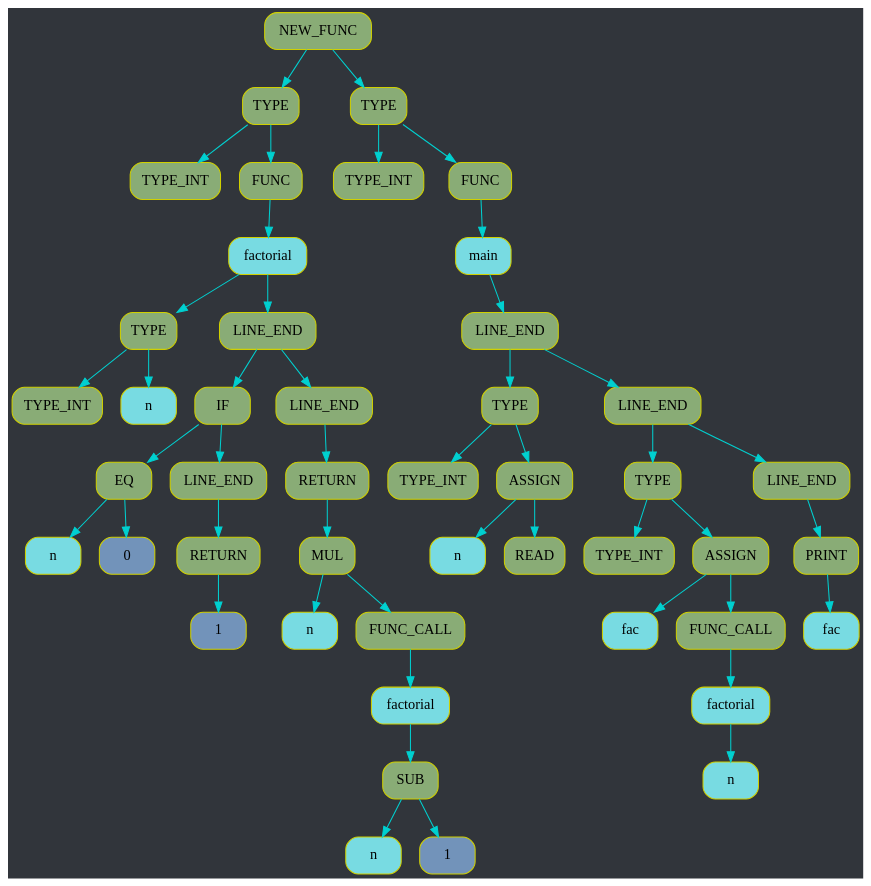
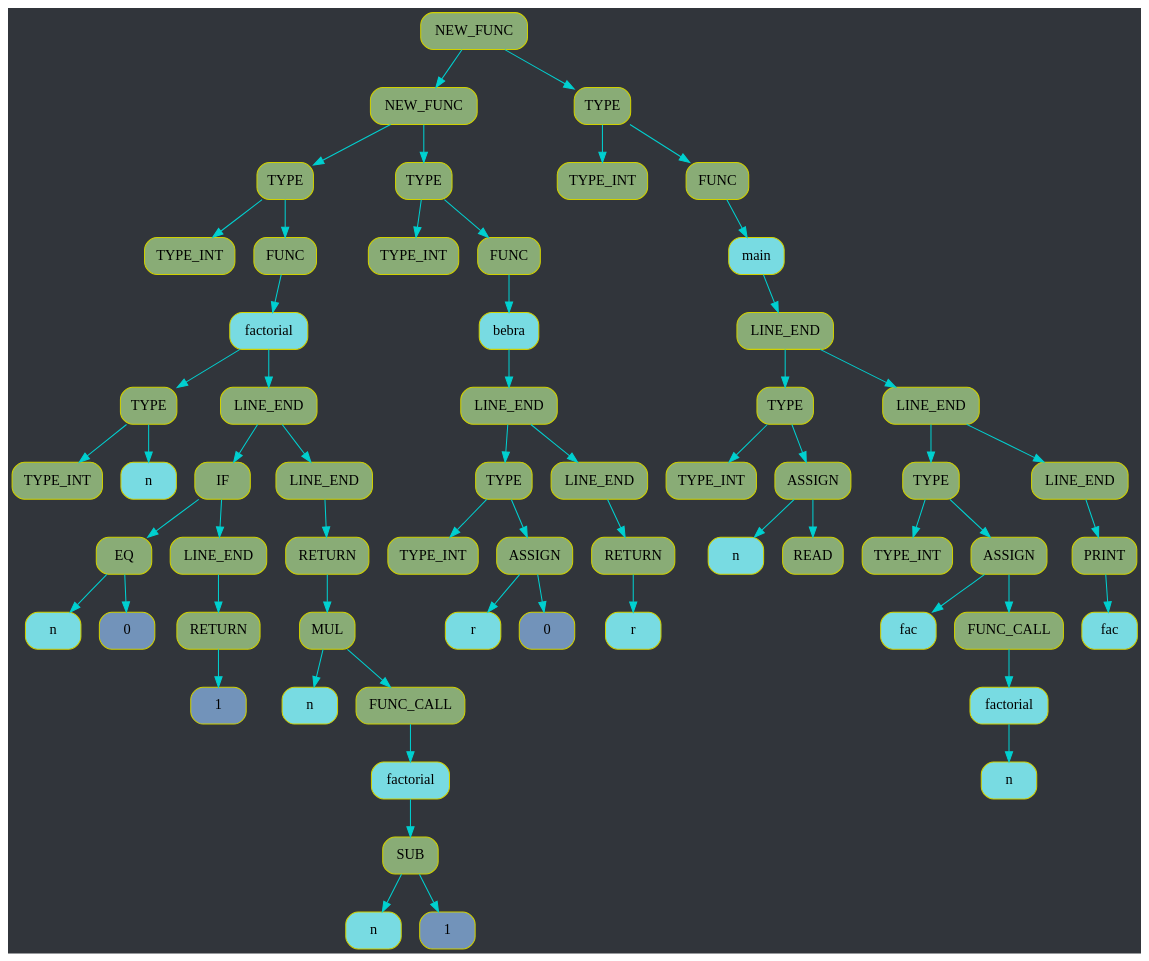
The diagram in FrontEnd/treeHandler.dot (d3clane/ProgrammingLanguage), drawn with Graphviz before and after one commit. The commit also changed 28 other files, not shown here.

```diff
--- a/FrontEnd/treeHandler.dot
+++ b/FrontEnd/treeHandler.dot
@@ -2,95 +2,110 @@
 rankdir=TB;
 graph [bgcolor="#31353b"];
 edge[color="#00D0D0"];
-node0x130f075f0[shape=Mrecord, style=filled, fillcolor="#89AC76", label = "NEW_FUNC", color = "#D0D000"];
-node0x130f072b0[shape=Mrecord, style=filled, fillcolor="#89AC76", label = "TYPE", color = "#D0D000"];
-node0x130f07040[shape=Mrecord, style=filled, fillcolor="#89AC76", label = "TYPE_INT", color = "#D0D000"];
-node0x130f06af0[shape=Mrecord, style=filled, fillcolor="#89AC76", label = "FUNC", color = "#D0D000"];
-node0x130f06ad0[shape=Mrecord, style=filled, fillcolor="#78DBE2", label = "factorial", color = "#D0D000"];
-node0x130f06c80[shape=Mrecord, style=filled, fillcolor="#89AC76", label = "TYPE", color = "#D0D000"];
-node0x130f06b10[shape=Mrecord, style=filled, fillcolor="#89AC76", label = "TYPE_INT", color = "#D0D000"];
-node0x130f06c60[shape=Mrecord, style=filled, fillcolor="#78DBE2", label = "n", color = "#D0D000"];
-node0x130f06ca0[shape=Mrecord, style=filled, fillcolor="#89AC76", label = "LINE_END", color = "#D0D000"];
-node0x130f07140[shape=Mrecord, style=filled, fillcolor="#89AC76", label = "IF", color = "#D0D000"];
-node0x130f070c0[shape=Mrecord, style=filled, fillcolor="#89AC76", label = "EQ", color = "#D0D000"];
-node0x130f06cc0[shape=Mrecord, style=filled, fillcolor="#78DBE2", label = "n", color = "#D0D000"];
-node0x130f06ce0[shape=Mrecord, style=filled, fillcolor="#7293ba", label = "0", color = "#D0D000"];
-node0x130f070e0[shape=Mrecord, style=filled, fillcolor="#89AC76", label = "LINE_END", color = "#D0D000"];
-node0x130f07120[shape=Mrecord, style=filled, fillcolor="#89AC76", label = "RETURN", color = "#D0D000"];
-node0x130f07100[shape=Mrecord, style=filled, fillcolor="#7293ba", label = "1", color = "#D0D000"];
-node0x130f07160[shape=Mrecord, style=filled, fillcolor="#89AC76", label = "LINE_END", color = "#D0D000"];
-node0x130f07290[shape=Mrecord, style=filled, fillcolor="#89AC76", label = "RETURN", color = "#D0D000"];
-node0x130f07270[shape=Mrecord, style=filled, fillcolor="#89AC76", label = "MUL", color = "#D0D000"];
-node0x130f07190[shape=Mrecord, style=filled, fillcolor="#78DBE2", label = "n", color = "#D0D000"];
-node0x130f07250[shape=Mrecord, style=filled, fillcolor="#89AC76", label = "FUNC_CALL", color = "#D0D000"];
-node0x130f071c0[shape=Mrecord, style=filled, fillcolor="#78DBE2", label = "factorial", color = "#D0D000"];
-node0x130f07230[shape=Mrecord, style=filled, fillcolor="#89AC76", label = "SUB", color = "#D0D000"];
-node0x130f071f0[shape=Mrecord, style=filled, fillcolor="#78DBE2", label = "n", color = "#D0D000"];
-node0x130f07210[shape=Mrecord, style=filled, fillcolor="#7293ba", label = "1", color = "#D0D000"];
-node0x130f075d0[shape=Mrecord, style=filled, fillcolor="#89AC76", label = "TYPE", color = "#D0D000"];
-node0x130f072f0[shape=Mrecord, style=filled, fillcolor="#89AC76", label = "TYPE_INT", color = "#D0D000"];
-node0x130f07340[shape=Mrecord, style=filled, fillcolor="#89AC76", label = "FUNC", color = "#D0D000"];
-node0x130f07320[shape=Mrecord, style=filled, fillcolor="#78DBE2", label = "main", color = "#D0D000"];
-node0x130f07360[shape=Mrecord, style=filled, fillcolor="#89AC76", label = "LINE_END", color = "#D0D000"];
-node0x130f07410[shape=Mrecord, style=filled, fillcolor="#89AC76", label = "TYPE", color = "#D0D000"];
-node0x130f07380[shape=Mrecord, style=filled, fillcolor="#89AC76", label = "TYPE_INT", color = "#D0D000"];
-node0x130f073f0[shape=Mrecord, style=filled, fillcolor="#89AC76", label = "ASSIGN", color = "#D0D000"];
-node0x130f073b0[shape=Mrecord, style=filled, fillcolor="#78DBE2", label = "n", color = "#D0D000"];
-node0x130f073d0[shape=Mrecord, style=filled, fillcolor="#89AC76", label = "READ", color = "#D0D000"];
-node0x130f07430[shape=Mrecord, style=filled, fillcolor="#89AC76", label = "LINE_END", color = "#D0D000"];
-node0x130f07540[shape=Mrecord, style=filled, fillcolor="#89AC76", label = "TYPE", color = "#D0D000"];
-node0x130f07450[shape=Mrecord, style=filled, fillcolor="#89AC76", label = "TYPE_INT", color = "#D0D000"];
-node0x130f07520[shape=Mrecord, style=filled, fillcolor="#89AC76", label = "ASSIGN", color = "#D0D000"];
-node0x130f07480[shape=Mrecord, style=filled, fillcolor="#78DBE2", label = "fac", color = "#D0D000"];
-node0x130f07500[shape=Mrecord, style=filled, fillcolor="#89AC76", label = "FUNC_CALL", color = "#D0D000"];
-node0x130f074b0[shape=Mrecord, style=filled, fillcolor="#78DBE2", label = "factorial", color = "#D0D000"];
-node0x130f074e0[shape=Mrecord, style=filled, fillcolor="#78DBE2", label = "n", color = "#D0D000"];
-node0x130f07560[shape=Mrecord, style=filled, fillcolor="#89AC76", label = "LINE_END", color = "#D0D000"];
-node0x130f075b0[shape=Mrecord, style=filled, fillcolor="#89AC76", label = "PRINT", color = "#D0D000"];
-node0x130f07590[shape=Mrecord, style=filled, fillcolor="#78DBE2", label = "fac", color = "#D0D000"];
-node0x130f075f0;
-node0x130f075f0->node0x130f072b0;
-node0x130f072b0->node0x130f07040;
+node0x137617c00[shape=Mrecord, style=filled, fillcolor="#89AC76", label = "NEW_FUNC", color = "#D0D000"];
+node0x137617670[shape=Mrecord, style=filled, fillcolor="#89AC76", label = "NEW_FUNC", color = "#D0D000"];
+node0x137617910[shape=Mrecord, style=filled, fillcolor="#89AC76", label = "TYPE", color = "#D0D000"];
+node0x137616a80[shape=Mrecord, style=filled, fillcolor="#89AC76", label = "TYPE_INT", color = "#D0D000"];
+node0x137616780[shape=Mrecord, style=filled, fillcolor="#89AC76", label = "FUNC", color = "#D0D000"];
+node0x137616ab0[shape=Mrecord, style=filled, fillcolor="#78DBE2", label = "factorial", color = "#D0D000"];
+node0x137616c40[shape=Mrecord, style=filled, fillcolor="#89AC76", label = "TYPE", color = "#D0D000"];
+node0x1376167a0[shape=Mrecord, style=filled, fillcolor="#89AC76", label = "TYPE_INT", color = "#D0D000"];
+node0x1376167c0[shape=Mrecord, style=filled, fillcolor="#78DBE2", label = "n", color = "#D0D000"];
+node0x137616c60[shape=Mrecord, style=filled, fillcolor="#89AC76", label = "LINE_END", color = "#D0D000"];
+node0x137616660[shape=Mrecord, style=filled, fillcolor="#89AC76", label = "IF", color = "#D0D000"];
+node0x1376165e0[shape=Mrecord, style=filled, fillcolor="#89AC76", label = "EQ", color = "#D0D000"];
+node0x137616c80[shape=Mrecord, style=filled, fillcolor="#78DBE2", label = "n", color = "#D0D000"];
+node0x137616ca0[shape=Mrecord, style=filled, fillcolor="#7293ba", label = "0", color = "#D0D000"];
+node0x137616600[shape=Mrecord, style=filled, fillcolor="#89AC76", label = "LINE_END", color = "#D0D000"];
+node0x137616640[shape=Mrecord, style=filled, fillcolor="#89AC76", label = "RETURN", color = "#D0D000"];
+node0x137616620[shape=Mrecord, style=filled, fillcolor="#7293ba", label = "1", color = "#D0D000"];
+node0x137616680[shape=Mrecord, style=filled, fillcolor="#89AC76", label = "LINE_END", color = "#D0D000"];
+node0x1376178f0[shape=Mrecord, style=filled, fillcolor="#89AC76", label = "RETURN", color = "#D0D000"];
+node0x1376178d0[shape=Mrecord, style=filled, fillcolor="#89AC76", label = "MUL", color = "#D0D000"];
+node0x1376166b0[shape=Mrecord, style=filled, fillcolor="#78DBE2", label = "n", color = "#D0D000"];
+node0x1376178b0[shape=Mrecord, style=filled, fillcolor="#89AC76", label = "FUNC_CALL", color = "#D0D000"];
+node0x1376166e0[shape=Mrecord, style=filled, fillcolor="#78DBE2", label = "factorial", color = "#D0D000"];
+node0x137617890[shape=Mrecord, style=filled, fillcolor="#89AC76", label = "SUB", color = "#D0D000"];
+node0x137617850[shape=Mrecord, style=filled, fillcolor="#78DBE2", label = "n", color = "#D0D000"];
+node0x137617870[shape=Mrecord, style=filled, fillcolor="#7293ba", label = "1", color = "#D0D000"];
+node0x137617650[shape=Mrecord, style=filled, fillcolor="#89AC76", label = "TYPE", color = "#D0D000"];
+node0x137617950[shape=Mrecord, style=filled, fillcolor="#89AC76", label = "TYPE_INT", color = "#D0D000"];
+node0x137617990[shape=Mrecord, style=filled, fillcolor="#89AC76", label = "FUNC", color = "#D0D000"];
+node0x137617970[shape=Mrecord, style=filled, fillcolor="#78DBE2", label = "bebra", color = "#D0D000"];
+node0x1376179b0[shape=Mrecord, style=filled, fillcolor="#89AC76", label = "LINE_END", color = "#D0D000"];
+node0x1376175c0[shape=Mrecord, style=filled, fillcolor="#89AC76", label = "TYPE", color = "#D0D000"];
+node0x1376179d0[shape=Mrecord, style=filled, fillcolor="#89AC76", label = "TYPE_INT", color = "#D0D000"];
+node0x1376175a0[shape=Mrecord, style=filled, fillcolor="#89AC76", label = "ASSIGN", color = "#D0D000"];
+node0x137617a00[shape=Mrecord, style=filled, fillcolor="#78DBE2", label = "r", color = "#D0D000"];
+node0x137617a20[shape=Mrecord, style=filled, fillcolor="#7293ba", label = "0", color = "#D0D000"];
+node0x1376175e0[shape=Mrecord, style=filled, fillcolor="#89AC76", label = "LINE_END", color = "#D0D000"];
+node0x137617630[shape=Mrecord, style=filled, fillcolor="#89AC76", label = "RETURN", color = "#D0D000"];
+node0x137617610[shape=Mrecord, style=filled, fillcolor="#78DBE2", label = "r", color = "#D0D000"];
+node0x137617be0[shape=Mrecord, style=filled, fillcolor="#89AC76", label = "TYPE", color = "#D0D000"];
+node0x1376176b0[shape=Mrecord, style=filled, fillcolor="#89AC76", label = "TYPE_INT", color = "#D0D000"];
+node0x137617700[shape=Mrecord, style=filled, fillcolor="#89AC76", label = "FUNC", color = "#D0D000"];
+node0x1376176e0[shape=Mrecord, style=filled, fillcolor="#78DBE2", label = "main", color = "#D0D000"];
+node0x137617720[shape=Mrecord, style=filled, fillcolor="#89AC76", label = "LINE_END", color = "#D0D000"];
+node0x1376177d0[shape=Mrecord, style=filled, fillcolor="#89AC76", label = "TYPE", color = "#D0D000"];
+node0x137617740[shape=Mrecord, style=filled, fillcolor="#89AC76", label = "TYPE_INT", color = "#D0D000"];
+node0x1376177b0[shape=Mrecord, style=filled, fillcolor="#89AC76", label = "ASSIGN", color = "#D0D000"];
+node0x137617770[shape=Mrecord, style=filled, fillcolor="#78DBE2", label = "n", color = "#D0D000"];
+node0x137617790[shape=Mrecord, style=filled, fillcolor="#89AC76", label = "READ", color = "#D0D000"];
+node0x1376177f0[shape=Mrecord, style=filled, fillcolor="#89AC76", label = "LINE_END", color = "#D0D000"];
+node0x137617b50[shape=Mrecord, style=filled, fillcolor="#89AC76", label = "TYPE", color = "#D0D000"];
+node0x137617810[shape=Mrecord, style=filled, fillcolor="#89AC76", label = "TYPE_INT", color = "#D0D000"];
+node0x137617b30[shape=Mrecord, style=filled, fillcolor="#89AC76", label = "ASSIGN", color = "#D0D000"];
+node0x137617a90[shape=Mrecord, style=filled, fillcolor="#78DBE2", label = "fac", color = "#D0D000"];
+node0x137617b10[shape=Mrecord, style=filled, fillcolor="#89AC76", label = "FUNC_CALL", color = "#D0D000"];
+node0x137617ac0[shape=Mrecord, style=filled, fillcolor="#78DBE2", label = "factorial", color = "#D0D000"];
+node0x137617af0[shape=Mrecord, style=filled, fillcolor="#78DBE2", label = "n", color = "#D0D000"];
+node0x137617b70[shape=Mrecord, style=filled, fillcolor="#89AC76", label = "LINE_END", color = "#D0D000"];
+node0x137617bc0[shape=Mrecord, style=filled, fillcolor="#89AC76", label = "PRINT", color = "#D0D000"];
+node0x137617ba0[shape=Mrecord, style=filled, fillcolor="#78DBE2", label = "fac", color = "#D0D000"];
+node0x137617c00;
+node0x137617c00->node0x137617670;
+node0x137617670->node0x137617910;
+node0x137617910->node0x137616a80;
 
 
-node0x130f072b0->node0x130f06af0;
-node0x130f06af0->node0x130f06ad0;
-node0x130f06ad0->node0x130f06c80;
-node0x130f06c80->node0x130f06b10;
+node0x137617910->node0x137616780;
+node0x137616780->node0x137616ab0;
+node0x137616ab0->node0x137616c40;
+node0x137616c40->node0x1376167a0;
 
 
-node0x130f06c80->node0x130f06c60;
+node0x137616c40->node0x1376167c0;
 
 
-node0x130f06ad0->node0x130f06ca0;
-node0x130f06ca0->node0x130f07140;
-node0x130f07140->node0x130f070c0;
-node0x130f070c0->node0x130f06cc0;
+node0x137616ab0->node0x137616c60;
+node0x137616c60->node0x137616660;
+node0x137616660->node0x1376165e0;
+node0x1376165e0->node0x137616c80;
 
 
-node0x130f070c0->node0x130f06ce0;
+node0x1376165e0->node0x137616ca0;
 
 
-node0x130f07140->node0x130f070e0;
-node0x130f070e0->node0x130f07120;
-node0x130f07120->node0x130f07100;
+node0x137616660->node0x137616600;
+node0x137616600->node0x137616640;
+node0x137616640->node0x137616620;
 
 
 
 
-node0x130f06ca0->node0x130f07160;
-node0x130f07160->node0x130f07290;
-node0x130f07290->node0x130f07270;
-node0x130f07270->node0x130f07190;
+node0x137616c60->node0x137616680;
+node0x137616680->node0x1376178f0;
+node0x1376178f0->node0x1376178d0;
+node0x1376178d0->node0x1376166b0;
 
 
-node0x130f07270->node0x130f07250;
-node0x130f07250->node0x130f071c0;
-node0x130f071c0->node0x130f07230;
-node0x130f07230->node0x130f071f0;
+node0x1376178d0->node0x1376178b0;
+node0x1376178b0->node0x1376166e0;
+node0x1376166e0->node0x137617890;
+node0x137617890->node0x137617850;
 
 
-node0x130f07230->node0x130f07210;
+node0x137617890->node0x137617870;
 
 
 
@@ -98,44 +113,71 @@
 
 
 
-node0x130f075f0->node0x130f075d0;
-node0x130f075d0->node0x130f072f0;
+node0x137617670->node0x137617650;
+node0x137617650->node0x137617950;
 
 
-node0x130f075d0->node0x130f07340;
-node0x130f07340->node0x130f07320;
+node0x137617650->node0x137617990;
+node0x137617990->node0x137617970;
 
-node0x130f07320->node0x130f07360;
-node0x130f07360->node0x130f07410;
-node0x130f07410->node0x130f07380;
+node0x137617970->node0x1376179b0;
+node0x1376179b0->node0x1376175c0;
+node0x1376175c0->node0x1376179d0;
 
 
-node0x130f07410->node0x130f073f0;
-node0x130f073f0->node0x130f073b0;
+node0x1376175c0->node0x1376175a0;
+node0x1376175a0->node0x137617a00;
 
 
-node0x130f073f0->node0x130f073d0;
+node0x1376175a0->node0x137617a20;
 
 
-node0x130f07360->node0x130f07430;
-node0x130f07430->node0x130f07540;
-node0x130f07540->node0x130f07450;
-
-
-node0x130f07540->node0x130f07520;
-node0x130f07520->node0x130f07480;
-
-
-node0x130f07520->node0x130f07500;
-node0x130f07500->node0x130f074b0;
-node0x130f074b0->node0x130f074e0;
+node0x1376179b0->node0x1376175e0;
+node0x1376175e0->node0x137617630;
+node0x137617630->node0x137617610;
 
 
 
 
-node0x130f07430->node0x130f07560;
-node0x130f07560->node0x130f075b0;
-node0x130f075b0->node0x130f07590;
+
+node0x137617c00->node0x137617be0;
+node0x137617be0->node0x1376176b0;
+
+
+node0x137617be0->node0x137617700;
+node0x137617700->node0x1376176e0;
+
+node0x1376176e0->node0x137617720;
+node0x137617720->node0x1376177d0;
+node0x1376177d0->node0x137617740;
+
+
+node0x1376177d0->node0x1376177b0;
+node0x1376177b0->node0x137617770;
+
+
+node0x1376177b0->node0x137617790;
+
+
+node0x137617720->node0x1376177f0;
+node0x1376177f0->node0x137617b50;
+node0x137617b50->node0x137617810;
+
+
+node0x137617b50->node0x137617b30;
+node0x137617b30->node0x137617a90;
+
+
+node0x137617b30->node0x137617b10;
+node0x137617b10->node0x137617ac0;
+node0x137617ac0->node0x137617af0;
+
+
+
+
+node0x1376177f0->node0x137617b70;
+node0x137617b70->node0x137617bc0;
+node0x137617bc0->node0x137617ba0;
 
 
 
```
